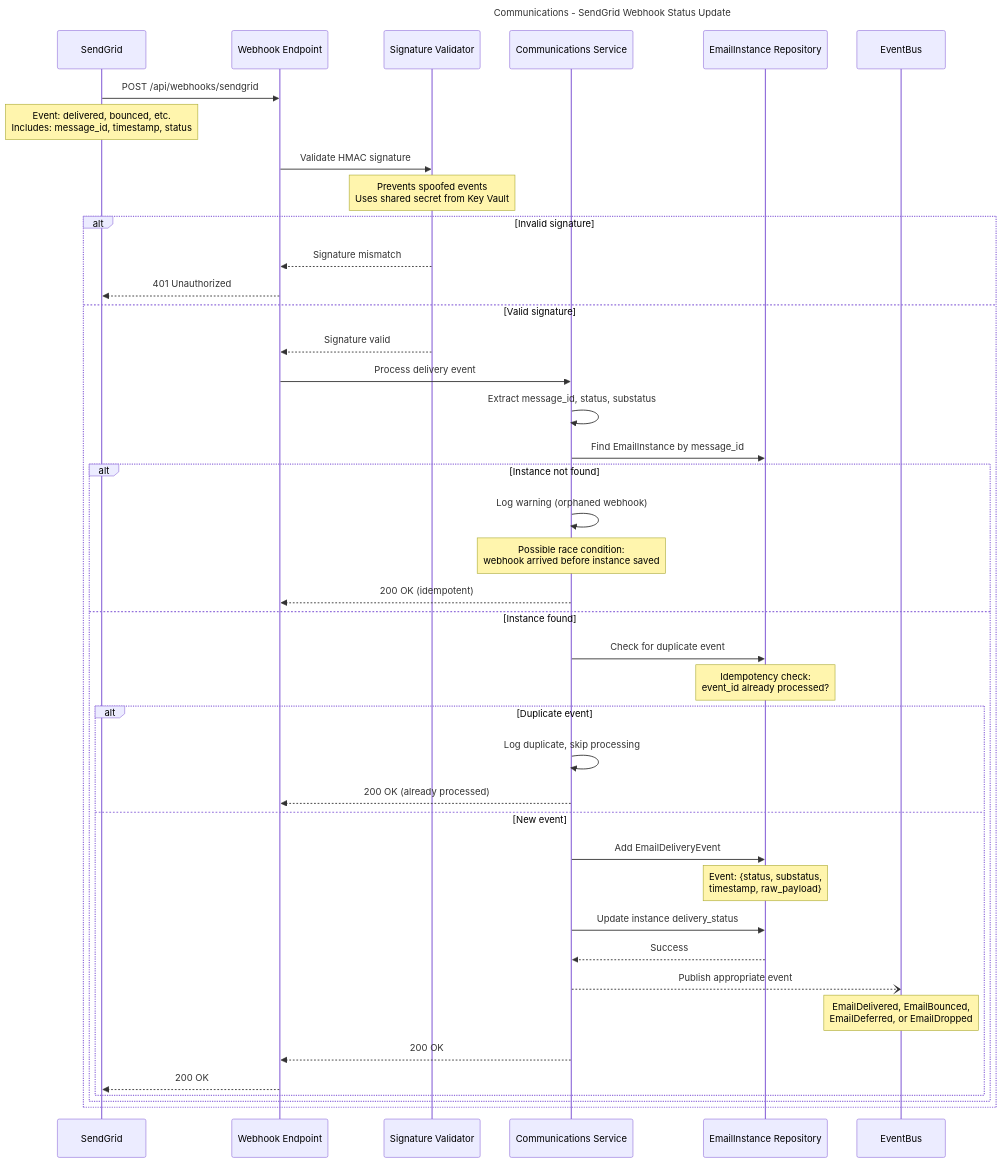
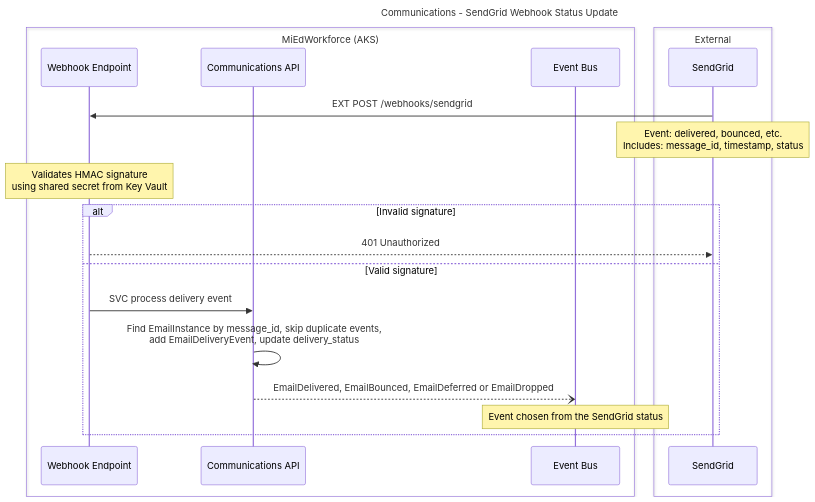
One commit to mnichols-dl/mied-design changed the ninth of 15 diagrams in working-docs/solution-areas/communications/communications-sequences.md. Above: the diagram before and after it, drawn with Mermaid. The commit also changed other lines of this file and 34 other files, not shown here.

Commit message:
Update sequences and perform RTM assessment

````diff
--- a/working-docs/solution-areas/communications/communications-sequences.md
+++ b/working-docs/solution-areas/communications/communications-sequences.md
@@ -443,55 +500,27 @@
 ```mermaid
 ---
 title: Communications - SendGrid Webhook Status Update
 ---
 sequenceDiagram
+    box MiEdWorkforce (AKS)
+    participant Webhook as Webhook Endpoint
+    participant CommApi as Communications API
+    participant EventBus as Event Bus
+    end
+    box External
     participant SendGrid
-    participant Webhook as Webhook Endpoint
-    participant Validator as Signature Validator
-    participant Comms as Communications Service
-    participant InstanceRepo as EmailInstance Repository
-    participant EventBus
-    
-    SendGrid->>Webhook: POST /api/webhooks/sendgrid
+    end
+
+    SendGrid->>Webhook: EXT POST /webhooks/sendgrid
     Note over SendGrid: Event: delivered, bounced, etc.<br/>Includes: message_id, timestamp, status
-    
-    Webhook->>Validator: Validate HMAC signature
-    Note over Validator: Prevents spoofed events<br/>Uses shared secret from Key Vault
-    
+    Note over Webhook: Validates HMAC signature<br/>using shared secret from Key Vault
+
     alt Invalid signature
-        Validator-->>Webhook: Signature mismatch
         Webhook-->>SendGrid: 401 Unauthorized
     else Valid signature
-        Validator-->>Webhook: Signature valid
-        
-        Webhook->>Comms: Process delivery event
-        Comms->>Comms: Extract message_id, status, substatus
-        Comms->>InstanceRepo: Find EmailInstance by message_id
-        
-        alt Instance not found
-            Comms->>Comms: Log warning (orphaned webhook)
-            Note over Comms: Possible race condition:<br/>webhook arrived before instance saved
-            Comms-->>Webhook: 200 OK (idempotent)
-        else Instance found
-            Comms->>InstanceRepo: Check for duplicate event
-            Note over InstanceRepo: Idempotency check:<br/>event_id already processed?
-            
-            alt Duplicate event
-                Comms->>Comms: Log duplicate, skip processing
-                Comms-->>Webhook: 200 OK (already processed)
-            else New event
-                Comms->>InstanceRepo: Add EmailDeliveryEvent
-                Note over InstanceRepo: Event: {status, substatus,<br/>timestamp, raw_payload}
-                
-                Comms->>InstanceRepo: Update instance delivery_status
-                InstanceRepo-->>Comms: Success
-                
-                Comms--)EventBus: Publish appropriate event
-                Note over EventBus: EmailDelivered, EmailBounced,<br/>EmailDeferred, or EmailDropped
-                
-                Comms-->>Webhook: 200 OK
-                Webhook-->>SendGrid: 200 OK
-            end
-        end
+        Webhook->>CommApi: SVC process delivery event
+        CommApi->>CommApi: Find EmailInstance by message_id, skip duplicate events,<br/>add EmailDeliveryEvent, update delivery_status
+        CommApi--)EventBus: EmailDelivered, EmailBounced, EmailDeferred or EmailDropped
+        Note over EventBus: Event chosen from the SendGrid status
     end
 ```
````
